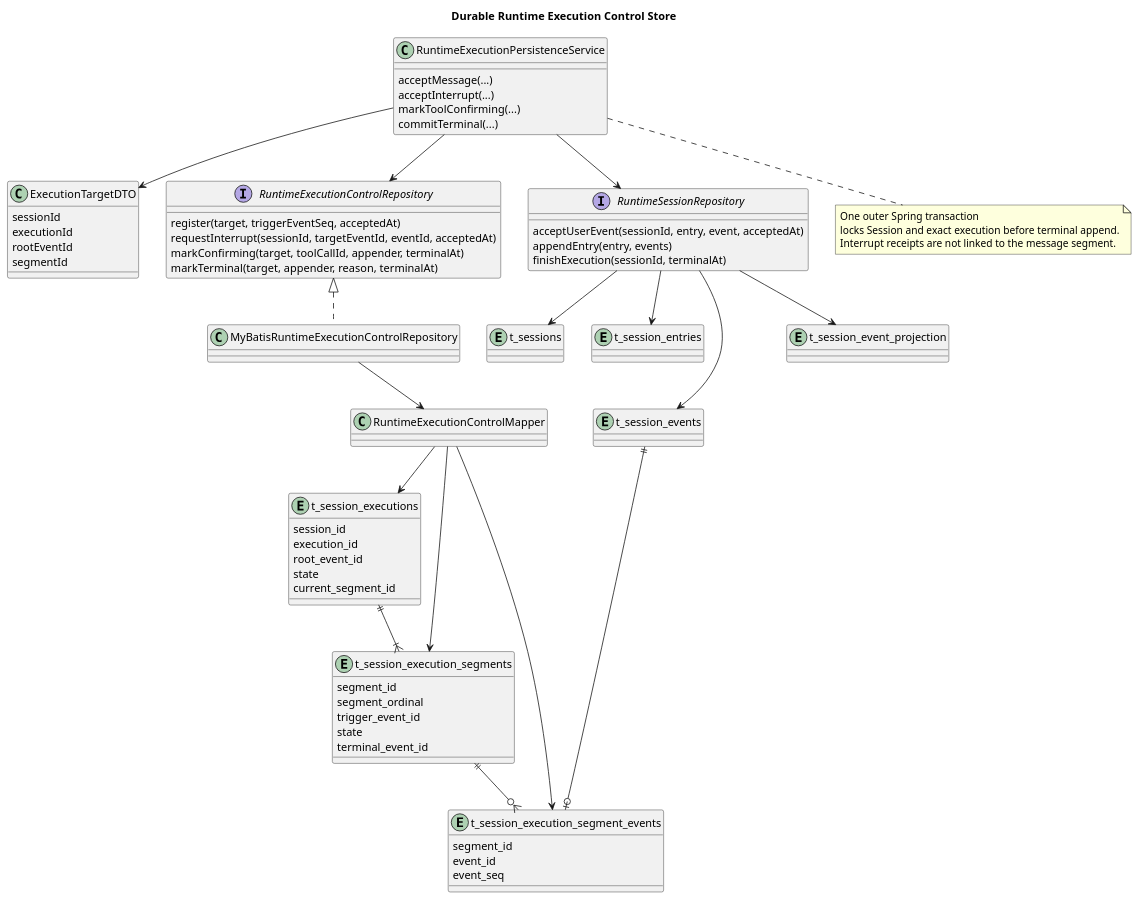
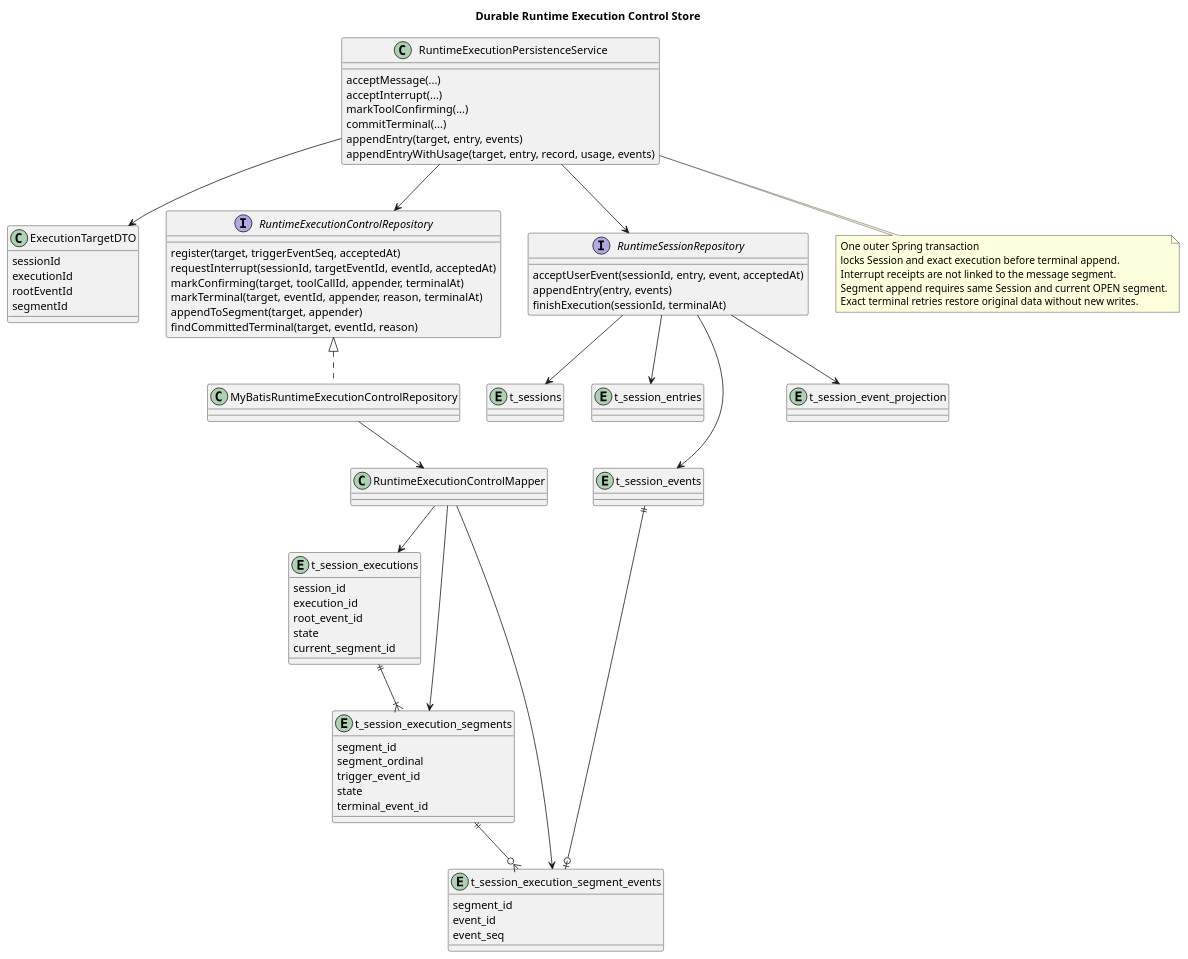
One commit to 2862282695gjh-afk/pi-mono-java changed the diagram in docs/designs/runtime-execution-control/diagram.puml. Above: the diagram before and after it, drawn with PlantUML. The commit also changed 10 other files, not shown here.

```diff
--- a/docs/designs/runtime-execution-control/diagram.puml
+++ b/docs/designs/runtime-execution-control/diagram.puml
@@ -1,96 +1,104 @@
 @startuml runtime_execution_control_store
 title Durable Runtime Execution Control Store
 ' Observed Java source baseline: pi-mono-java fd556dce3cfa12e5e834b6e9b8f835f10e7d67c8
 ' Store implementation commit: 8ec383dd0ee6a5a8fe7e72b9e97bba8f71c8f8da
 ' Application transaction implementation: 92562f62 through 8e775f1c
+' Recovery and segment append implementation: 9ad3553a through 2ef30225
+' Source: modules/coding-agent-cli/src/main/java/com/campusclaw/codingagent/runtimeapi/persistence/RuntimeExecutionPersistenceService.java#appendEntry/appendEntryWithUsage/restoreCommittedTerminal
 ' Observed source: modules/coding-agent-cli/src/main/java/com/campusclaw/codingagent/runtimeapi/runtime/RuntimeActiveExecution.java#runId
 ' Source: modules/coding-agent-cli/src/main/java/com/campusclaw/codingagent/runtimeapi/persistence/RuntimeExecutionPersistenceService.java
 ' Source: modules/coding-agent-cli/src/main/java/com/campusclaw/codingagent/runtimeapi/persistence/RuntimeExecutionControlRepository.java
 ' Source: modules/coding-agent-cli/src/main/java/com/campusclaw/codingagent/runtimeapi/persistence/MyBatisRuntimeExecutionControlRepository.java
 ' Source: modules/coding-agent-cli/src/main/java/com/campusclaw/codingagent/runtimeapi/persistence/RuntimeSessionRepository.java
 ' Source: modules/coding-agent-cli/src/main/resources/mapper/session/RuntimeExecutionControlMapper.xml
 ' Source: modules/coding-agent-cli/src/main/resources/db/gaussdb/install/session_schema.sql
 ' Pi source baseline: pi 4af9d21d3b4d664e4a29fcabfec85171077248e3
 ' Pi source: packages/agent/src/agent-loop.ts#runAgentLoop and #prepareToolCall
 ' Observed behavior: Java kept the active execution identity only in one process.
 ' Design reason: one Spring transaction binds accepted events and terminal events to an exact execution segment.
 ' Java divergence: durable cross-instance control identity is a CampusClaw architecture change.
 class RuntimeExecutionPersistenceService {
   acceptMessage(...)
   acceptInterrupt(...)
   markToolConfirming(...)
   commitTerminal(...)
+  appendEntry(target, entry, events)
+  appendEntryWithUsage(target, entry, record, usage, events)
 }
 
 class ExecutionTargetDTO {
   sessionId
   executionId
   rootEventId
   segmentId
 }
 
 interface RuntimeExecutionControlRepository {
   register(target, triggerEventSeq, acceptedAt)
   requestInterrupt(sessionId, targetEventId, eventId, acceptedAt)
   markConfirming(target, toolCallId, appender, terminalAt)
-  markTerminal(target, appender, reason, terminalAt)
+  markTerminal(target, eventId, appender, reason, terminalAt)
+  appendToSegment(target, appender)
+  findCommittedTerminal(target, eventId, reason)
 }
 
 interface RuntimeSessionRepository {
   acceptUserEvent(sessionId, entry, event, acceptedAt)
   appendEntry(entry, events)
   finishExecution(sessionId, terminalAt)
 }
 
 class MyBatisRuntimeExecutionControlRepository
 class RuntimeExecutionControlMapper
 
 entity "t_session_executions" as t_session_executions {
   session_id
   execution_id
   root_event_id
   state
   current_segment_id
 }
 
 entity "t_session_execution_segments" as t_session_execution_segments {
   segment_id
   segment_ordinal
   trigger_event_id
   state
   terminal_event_id
 }
 
 entity "t_session_execution_segment_events" as t_session_execution_segment_events {
   segment_id
   event_id
   event_seq
 }
 
 entity "t_sessions" as t_sessions
 entity "t_session_entries" as t_session_entries
 entity "t_session_events" as t_session_events
 entity "t_session_event_projection" as t_session_event_projection
 
 RuntimeExecutionPersistenceService --> ExecutionTargetDTO
 RuntimeExecutionPersistenceService --> RuntimeExecutionControlRepository
 RuntimeExecutionPersistenceService --> RuntimeSessionRepository
 RuntimeExecutionControlRepository <|.. MyBatisRuntimeExecutionControlRepository
 MyBatisRuntimeExecutionControlRepository --> RuntimeExecutionControlMapper
 RuntimeExecutionControlMapper --> t_session_executions
 RuntimeExecutionControlMapper --> t_session_execution_segments
 RuntimeExecutionControlMapper --> t_session_execution_segment_events
 RuntimeSessionRepository --> t_sessions
 RuntimeSessionRepository --> t_session_entries
 RuntimeSessionRepository --> t_session_events
 RuntimeSessionRepository --> t_session_event_projection
 t_session_executions ||--|{ t_session_execution_segments
 t_session_execution_segments ||--o{ t_session_execution_segment_events
 t_session_events ||--o| t_session_execution_segment_events
 
 note bottom of RuntimeExecutionPersistenceService
   One outer Spring transaction
   locks Session and exact execution before terminal append.
   Interrupt receipts are not linked to the message segment.
+  Segment append requires same Session and current OPEN segment.
+  Exact terminal retries restore original data without new writes.
 end note
 @enduml
```
